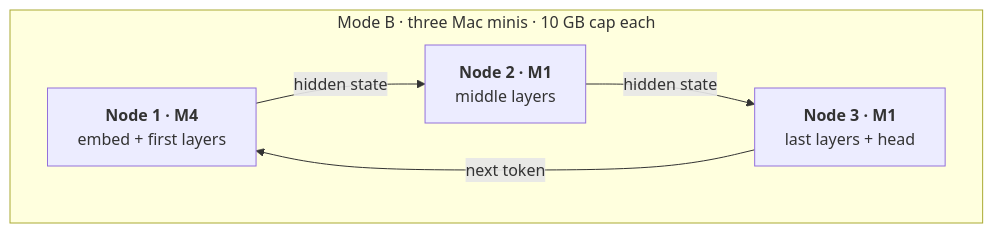
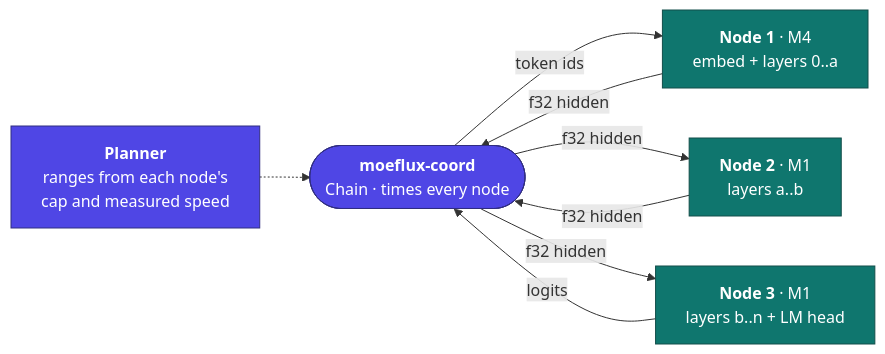
The fifth of 7 diagrams in README.md (transybao1393/streamoe), drawn with Mermaid before and after one commit. The commit also changed other lines of this file, not shown here.

First line of the commit message:
docs: README states streamoe's direction and redraws the architecture

````diff
--- a/README.md
+++ b/README.md
@@ -87,9 +213,19 @@
 ```mermaid
 flowchart LR
-    subgraph B["Mode B · three Mac minis · 10 GB cap each"]
-        direction LR
-        N1["<b>Node 1 · M4</b><br/>embed + first layers"] -- "hidden state" --> N2["<b>Node 2 · M1</b><br/>middle layers"]
-        N2 -- "hidden state" --> N3["<b>Node 3 · M1</b><br/>last layers + head"]
-        N3 -- "next token" --> N1
-    end
+    classDef coord fill:#4f46e5,stroke:#312e81,color:#ffffff
+    classDef node fill:#0f766e,stroke:#134e4a,color:#ffffff
+
+    PL["<b>Planner</b><br/>ranges from each node's<br/>cap and measured speed"]:::coord
+    CO(["<b>moeflux-coord</b><br/>Chain · times every node"]):::coord
+    N1["<b>Node 1</b> · M4<br/>embed + layers 0..a"]:::node
+    N2["<b>Node 2</b> · M1<br/>layers a..b"]:::node
+    N3["<b>Node 3</b> · M1<br/>layers b..n + LM head"]:::node
+
+    PL -.-> CO
+    CO -- "token ids" --> N1
+    N1 -- "f32 hidden" --> CO
+    CO -- "f32 hidden" --> N2
+    N2 -- "f32 hidden" --> CO
+    CO -- "f32 hidden" --> N3
+    N3 -- "logits" --> CO
 ```
````
